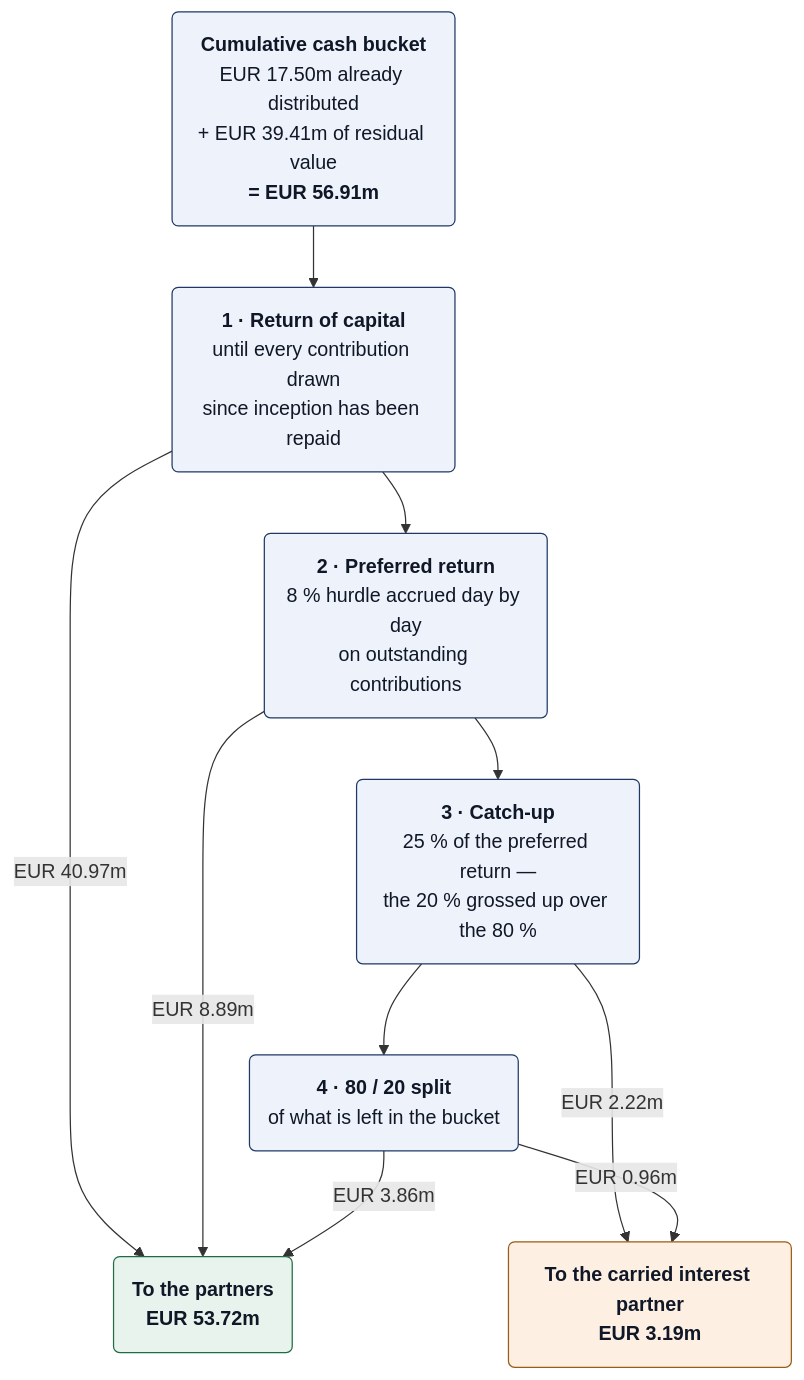
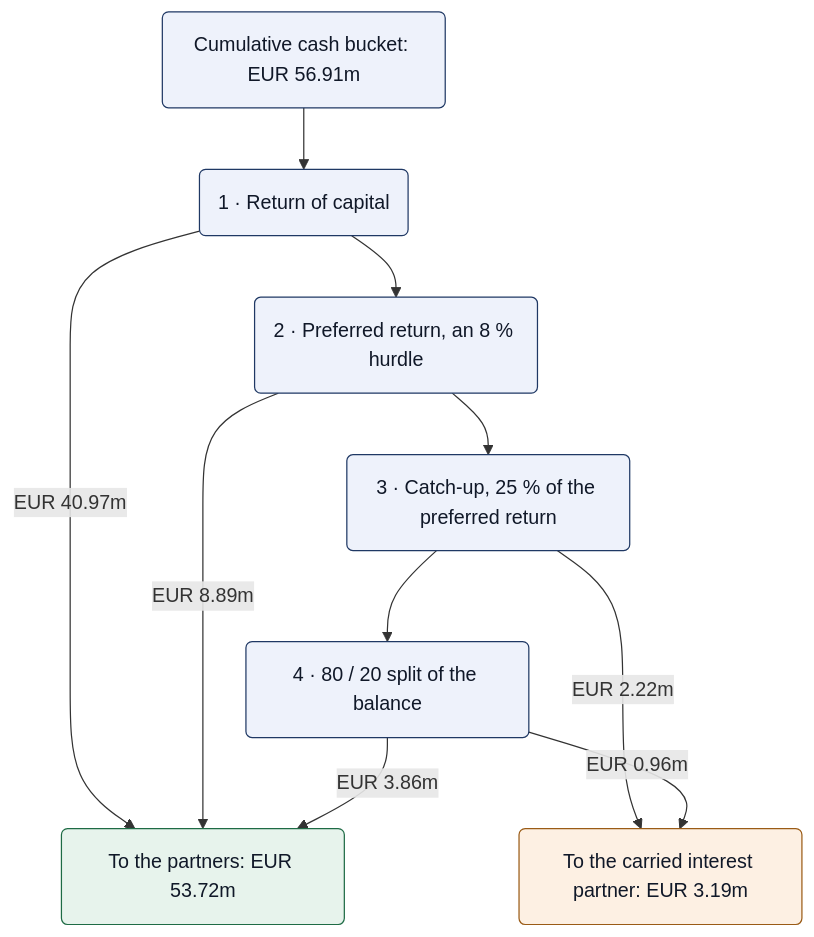
Before and after one commit to cyrilportfolio/scsp-capital-tracker: the second of 2 diagrams in README.md, drawn with Mermaid. The commit also changed other lines of this file, not shown here.

Commit message:
README: schema de la cascade en libelles d'une ligne, que GitHub ne tronque pas

````diff
--- a/README.md
+++ b/README.md
@@ -297,25 +297,25 @@
 ```mermaid
 flowchart TD
-    B("<b>Cumulative cash bucket</b><br/>EUR 17.50m already distributed<br/>+ EUR 39.41m of residual value<br/><b>= EUR 56.91m</b>")
+    B("Cumulative cash bucket: EUR 56.91m")
 
-    B --> S1("<b>1 · Return of capital</b><br/>until every contribution drawn<br/>since inception has been repaid")
-    S1 --> S2("<b>2 · Preferred return</b><br/>8 % hurdle accrued day by day<br/>on outstanding contributions")
-    S2 --> S3("<b>3 · Catch-up</b><br/>25 % of the preferred return —<br/>the 20 % grossed up over the 80 %")
-    S3 --> S4("<b>4 · 80 / 20 split</b><br/>of what is left in the bucket")
+    B --> S1("1 · Return of capital")
+    S1 --> S2("2 · Preferred return, an 8 % hurdle")
+    S2 --> S3("3 · Catch-up, 25 % of the preferred return")
+    S3 --> S4("4 · 80 / 20 split of the balance")
 
     S1 -->|"EUR 40.97m"| LP
     S2 -->|"EUR 8.89m"| LP
     S4 -->|"EUR 3.86m"| LP
     S3 -->|"EUR 2.22m"| CIP
     S4 -->|"EUR 0.96m"| CIP
 
-    LP("<b>To the partners</b><br/><b>EUR 53.72m</b>")
-    CIP("<b>To the carried interest partner</b><br/><b>EUR 3.19m</b>")
+    LP("To the partners: EUR 53.72m")
+    CIP("To the carried interest partner: EUR 3.19m")
 
     classDef step fill:#eef2fb,stroke:#1f3864,stroke-width:1px,color:#101828
     classDef pot fill:#e7f3ec,stroke:#1e6b45,stroke-width:1px,color:#101828
     classDef carry fill:#fdf0e3,stroke:#9a5b16,stroke-width:1px,color:#101828
     class B,S1,S2,S3,S4 step
     class LP pot
     class CIP carry
 ```
````
